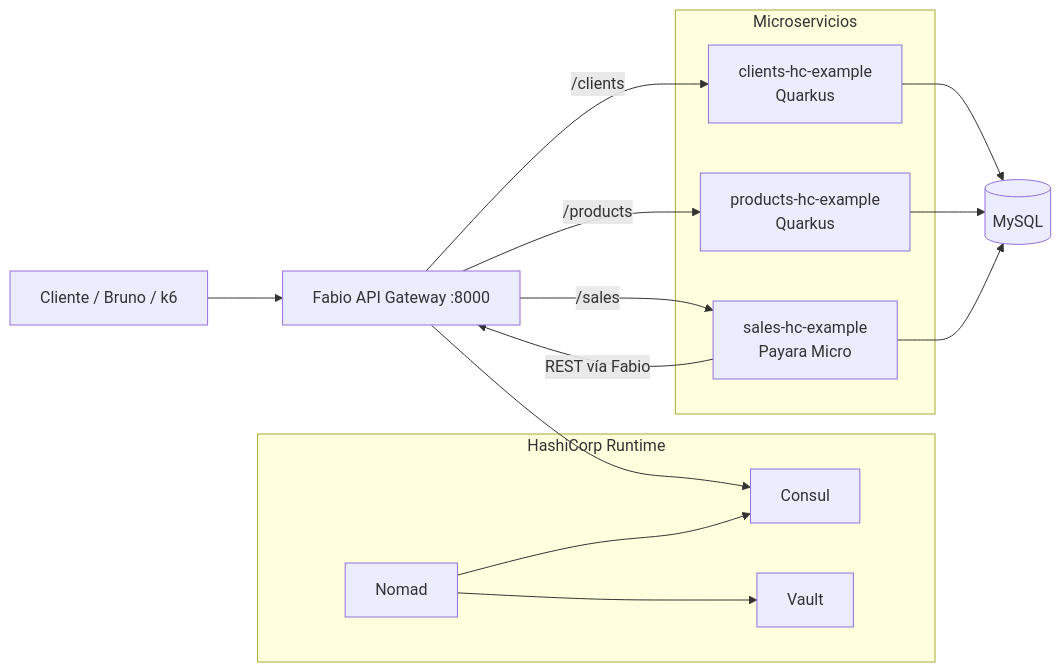
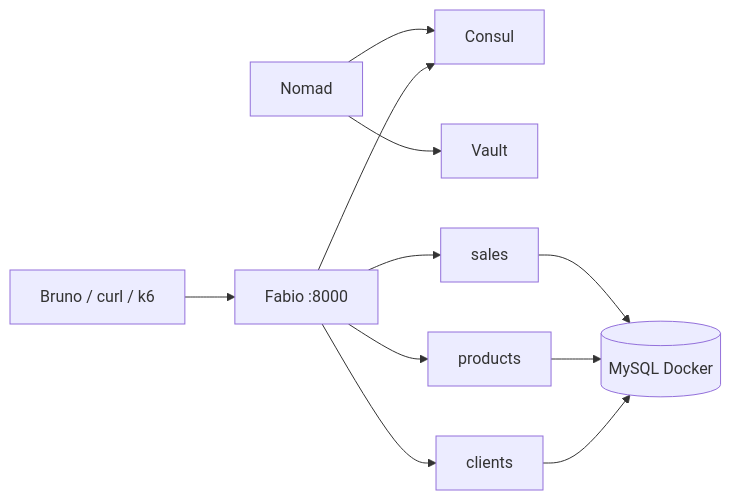
One commit to apuntesdejava/jakartaee-nomad-arch changed the third of 5 diagrams in README.md. Above: the diagram before and after it, drawn with Mermaid. The commit also changed other lines of this file and 5 other files, not shown here.

````diff
--- a/README.md
+++ b/README.md
@@ -24,30 +73,15 @@
 ```mermaid
 flowchart LR
-    U[Cliente / Bruno / k6] --> G[Fabio API Gateway :8000]
+    U[Bruno / curl / k6] --> F[Fabio :8000]
+    F --> C[Consul]
+    N[Nomad] --> C
+    N --> V[Vault]
 
-    subgraph HashiCorp["HashiCorp Runtime"]
-        N[Nomad]
-        C[Consul]
-        V[Vault]
-    end
+    F --> CL[clients]
+    F --> PR[products]
+    F --> SA[sales]
 
-    G --> C
-    N --> C
-    N --> V
-
-    subgraph Apps["Microservicios"]
-        CL[clients-hc-example<br/>Quarkus]
-        PR[products-hc-example<br/>Quarkus]
-        SA[sales-hc-example<br/>Payara Micro]
-    end
-
-    G -->|/clients| CL
-    G -->|/products| PR
-    G -->|/sales| SA
-
-    SA -->|REST vía Fabio| G
-
-    CL --> DB[(MySQL)]
+    CL --> DB[(MySQL Docker)]
     PR --> DB
     SA --> DB
 ```
````
